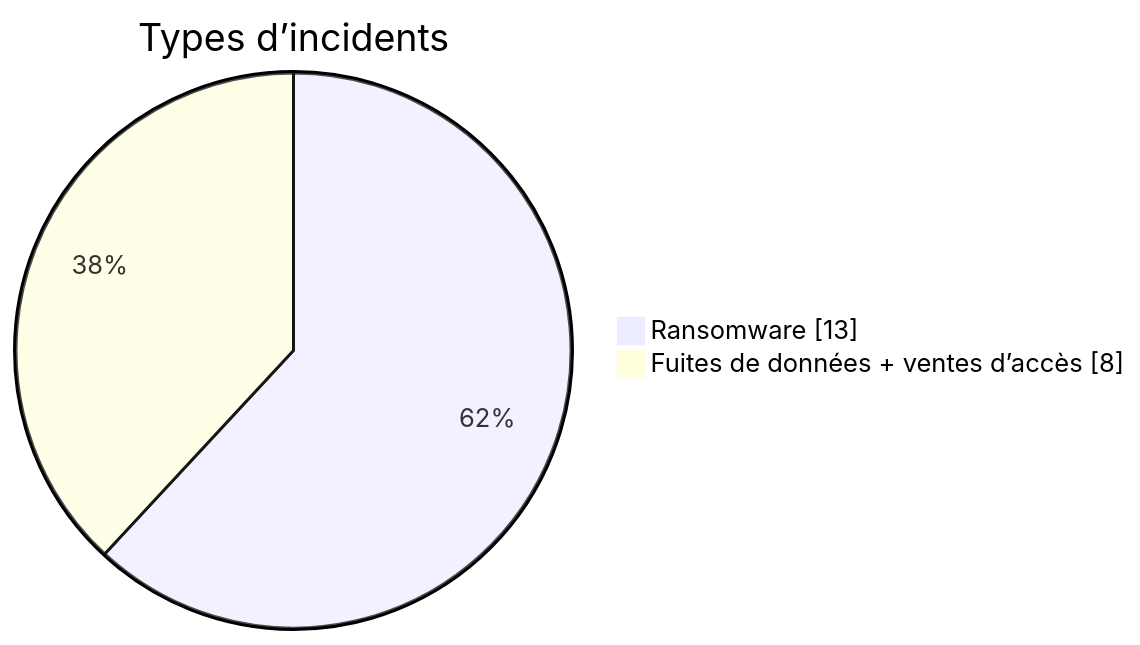
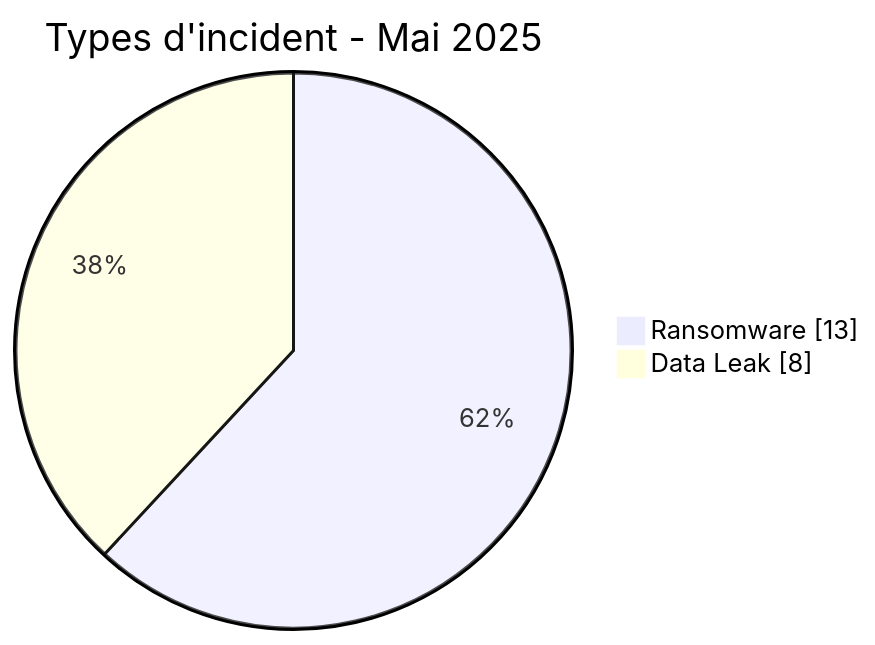
One commit to Hatchepsoute/AFRINTEL changed the first of 3 diagrams in CyberAttackAfrica/2025/05-may/README_FR.md. Above: the diagram before and after it, drawn with Mermaid. The commit also changed other lines of this file and 3 other files, not shown here.

````diff
--- a/CyberAttackAfrica/2025/05-may/README_FR.md
+++ b/CyberAttackAfrica/2025/05-may/README_FR.md
@@ -125,6 +67,6 @@
 ```mermaid
 pie showData
-    title Types d’incidents
+    title Types d'incident - Mai 2025
     "Ransomware" : 13
-    "Fuites de données + ventes d’accès" : 8
+    "Data Leak" : 8
 ```
````
